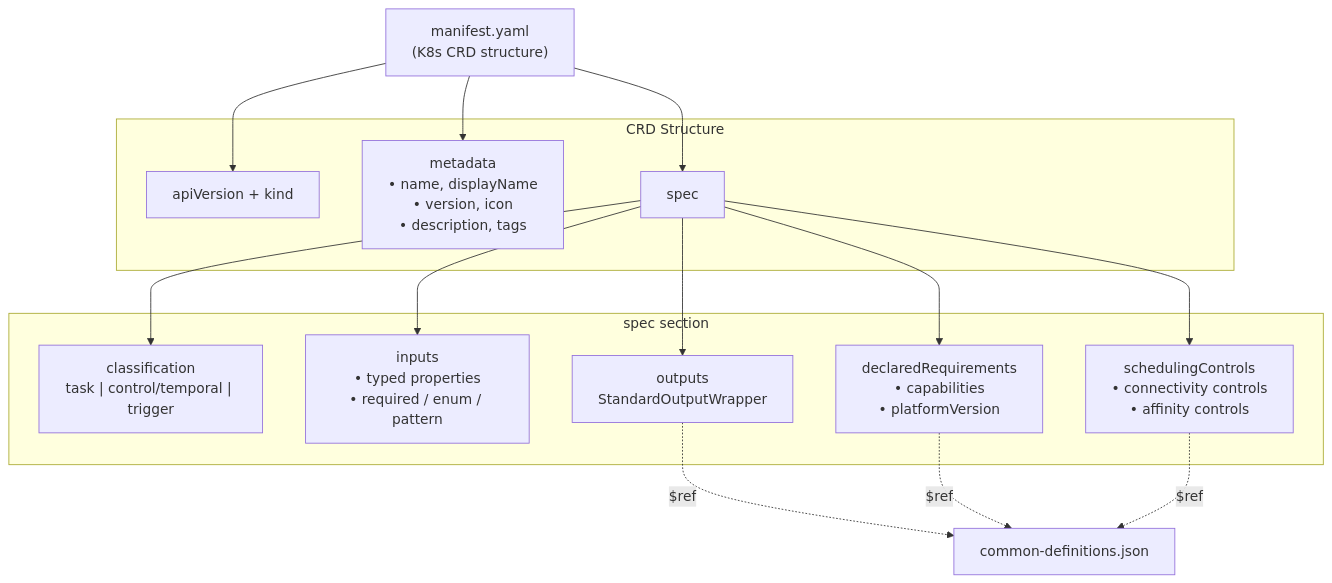
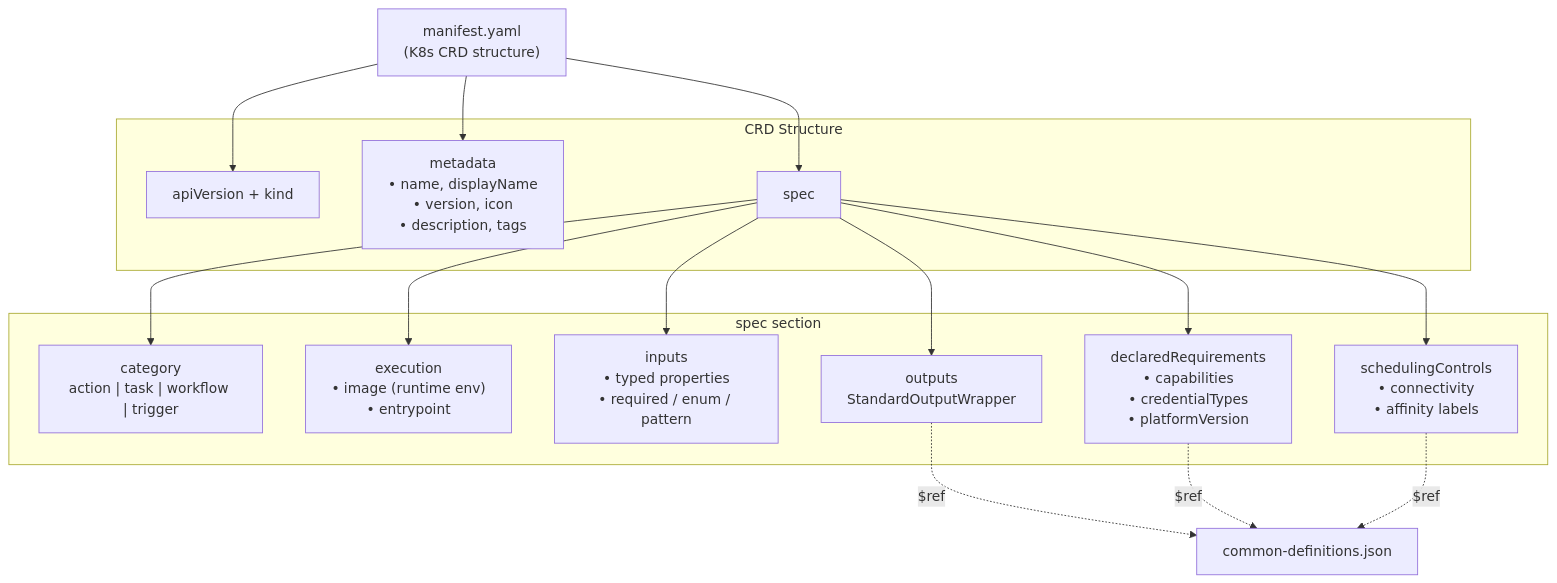
One commit to syntara-orchestration/syntara-node-sdk changed the second of 6 diagrams in docs/architecture.md. Above: the diagram before and after it, drawn with Mermaid. The commit also changed other lines of this file and 25 other files, not shown here.

````diff
--- a/docs/architecture.md
+++ b/docs/architecture.md
@@ -219,31 +224,33 @@
 ```mermaid
 graph TB
     MANIFEST["manifest.yaml<br/>(K8s CRD structure)"]
 
     subgraph CRD["CRD Structure"]
         API["apiVersion + kind"]
         META["metadata<br/>• name, displayName<br/>• version, icon<br/>• description, tags"]
         SPEC["spec"]
     end
 
     subgraph SPEC_CONTENTS["spec section"]
-        CLASS["classification<br/>task | control/temporal | trigger"]
+        CLASS["category<br/>action | task | workflow | trigger"]
+        EXEC["execution<br/>• image (runtime env)<br/>• entrypoint"]
         INPUTS["inputs<br/>• typed properties<br/>• required / enum / pattern"]
         OUTPUTS["outputs<br/>StandardOutputWrapper"]
-        REQS["declaredRequirements<br/>• capabilities<br/>• platformVersion"]
-        SCHED["schedulingControls<br/>• connectivity controls<br/>• affinity controls"]
+        REQS["declaredRequirements<br/>• capabilities<br/>• credentialTypes<br/>• platformVersion"]
+        SCHED["schedulingControls<br/>• connectivity<br/>• affinity labels"]
     end
 
     MANIFEST --> API
     MANIFEST --> META
     MANIFEST --> SPEC
     SPEC --> CLASS
+    SPEC --> EXEC
     SPEC --> INPUTS
     SPEC --> OUTPUTS
     SPEC --> REQS
     SPEC --> SCHED
 
     OUTPUTS -.->|$ref| CD["common-definitions.json"]
     REQS -.->|$ref| CD
     SCHED -.->|$ref| CD
 ```
````
